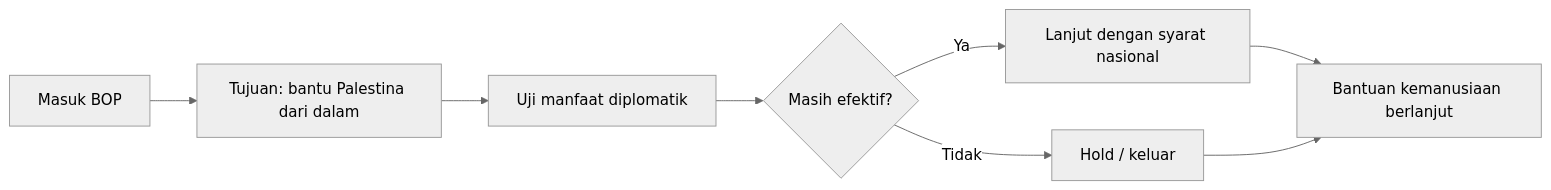
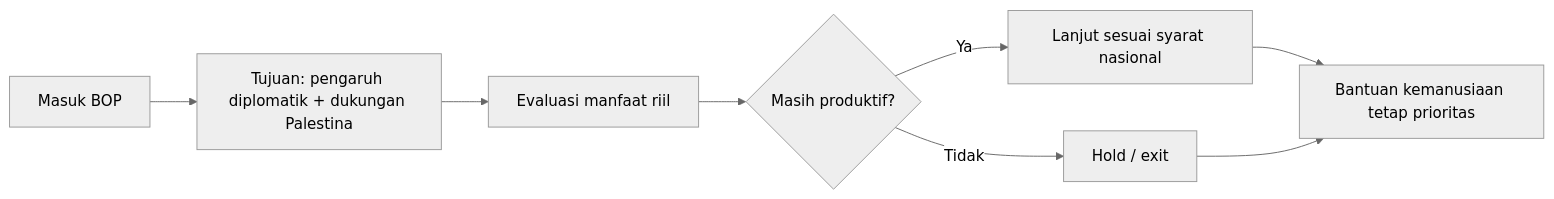
One commit to dwirx/BangunAI-Blog changed the third of 3 diagrams in src/content/articles/presiden-prabowo-menjawab-part-1-analisis-mendalam-serangan-aktivis-bop-mbg-dan-dampak-perang.mdx. Above: the diagram before and after it, drawn with Mermaid (neutral theme). The commit also changed other lines of this file, not shown here.

````diff
--- a/src/content/articles/presiden-prabowo-menjawab-part-1-analisis-mendalam-serangan-aktivis-bop-mbg-dan-dampak-perang.mdx
+++ b/src/content/articles/presiden-prabowo-menjawab-part-1-analisis-mendalam-serangan-aktivis-bop-mbg-dan-dampak-perang.mdx
@@ -198,10 +269,10 @@
 ```mermaid
 flowchart LR
-    A[Masuk BOP] --> B[Tujuan: bantu Palestina dari dalam]
-    B --> C[Uji manfaat diplomatik]
-    C --> D{Masih efektif?}
-    D -->|Ya| E[Lanjut dengan syarat nasional]
-    D -->|Tidak| F[Hold / keluar]
-    E --> G[Bantuan kemanusiaan berlanjut]
+    A[Masuk BOP] --> B[Tujuan: pengaruh diplomatik + dukungan Palestina]
+    B --> C[Evaluasi manfaat riil]
+    C --> D{Masih produktif?}
+    D -->|Ya| E[Lanjut sesuai syarat nasional]
+    D -->|Tidak| F[Hold / exit]
+    E --> G[Bantuan kemanusiaan tetap prioritas]
     F --> G
 ```
````
